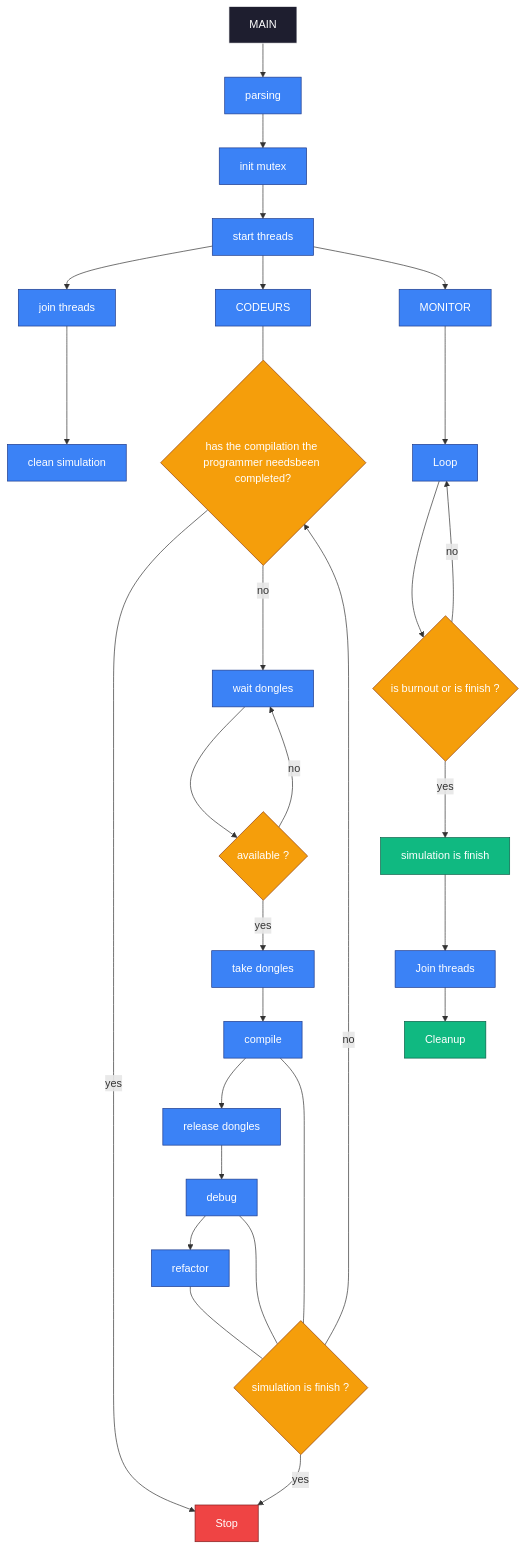
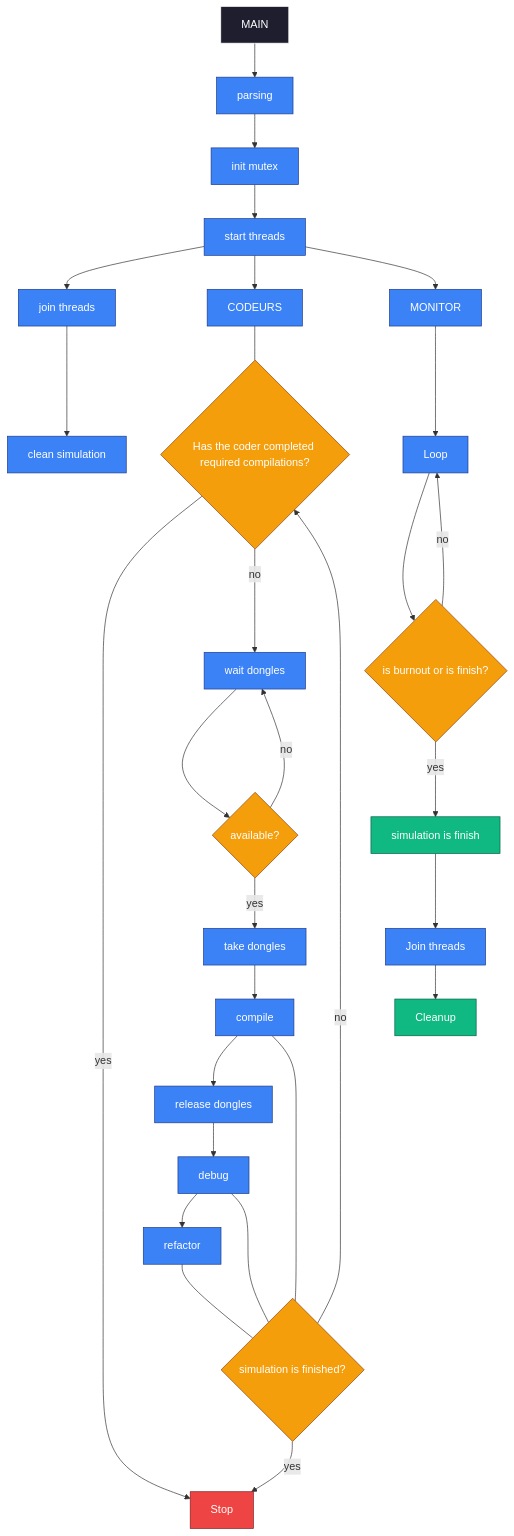
Before and after one commit to MinePopTheReal/Codexion: the diagram in README.md, drawn with Mermaid. The commit also changed other lines of this file, not shown here.

Commit message:
change little thing in readme

````diff
--- a/README.md
+++ b/README.md
@@ -77,64 +77,64 @@
 ```mermaid
 flowchart TD
 A[MAIN] --> B[parsing]
 B --> C[init mutex]
 C --> D[start threads]
 D --> X[join threads]
 X --> Y[clean simulation]
 
 D --> E[CODEURS]
 D --> F[MONITOR]
 
 %% CODE
 
-	H{simulation is finish ?}
+	H{simulation is finished?}
 
 H -->|yes| Z[Stop] 
-H -->|no| I{has the compilation the programmer needsbeen completed?}
+H -->|no| I{Has the coder completed required compilations?}
 
 I -->|yes| Z 
 I -->|no| J[wait dongles] 
 
-J --> K{available ?} 
+J --> K{available?} 
 K -->|no| J 
 K -->|yes| L[take dongles] 
 
 L --> M[compile] 
 M --> N[release dongles] 
 N --> O[debug] 
 O --> P[refactor]
 
 P
 E
 
 %% MONITOR
 F --> Q[Loop]
-Q --> R{is burnout or is finish ?}
+Q --> R{is burnout or is finish?}
 R -->|yes| S[simulation is finish]
 R -->|no| Q
 
 %% FIN
 S --> T[Join threads]
 T --> U[Cleanup]
 
 %% STYLES
 classDef main fill:#1e1e2f,color:#fff,stroke:#ffffff
 classDef process fill:#3b82f6,color:#fff,stroke:#1e3a8a
 classDef decision fill:#f59e0b,color:#fff,stroke:#92400e
 classDef end_node fill:#10b981,color:#fff,stroke:#065f46
 classDef alert fill:#ef4444,color:#fff,stroke:#7f1d1d
 class A main
 class B,C,D,E,F,G,J,L,M,N,O,P,Q,T,X,Y process
 class H,I,K,R decision
 class S,U end_node
 class Z alert
 	P
 	P
 	P
 	J
 	H
 	M --- H
 	O --- H
 	P --- H
 	E --- I
 ```
````
